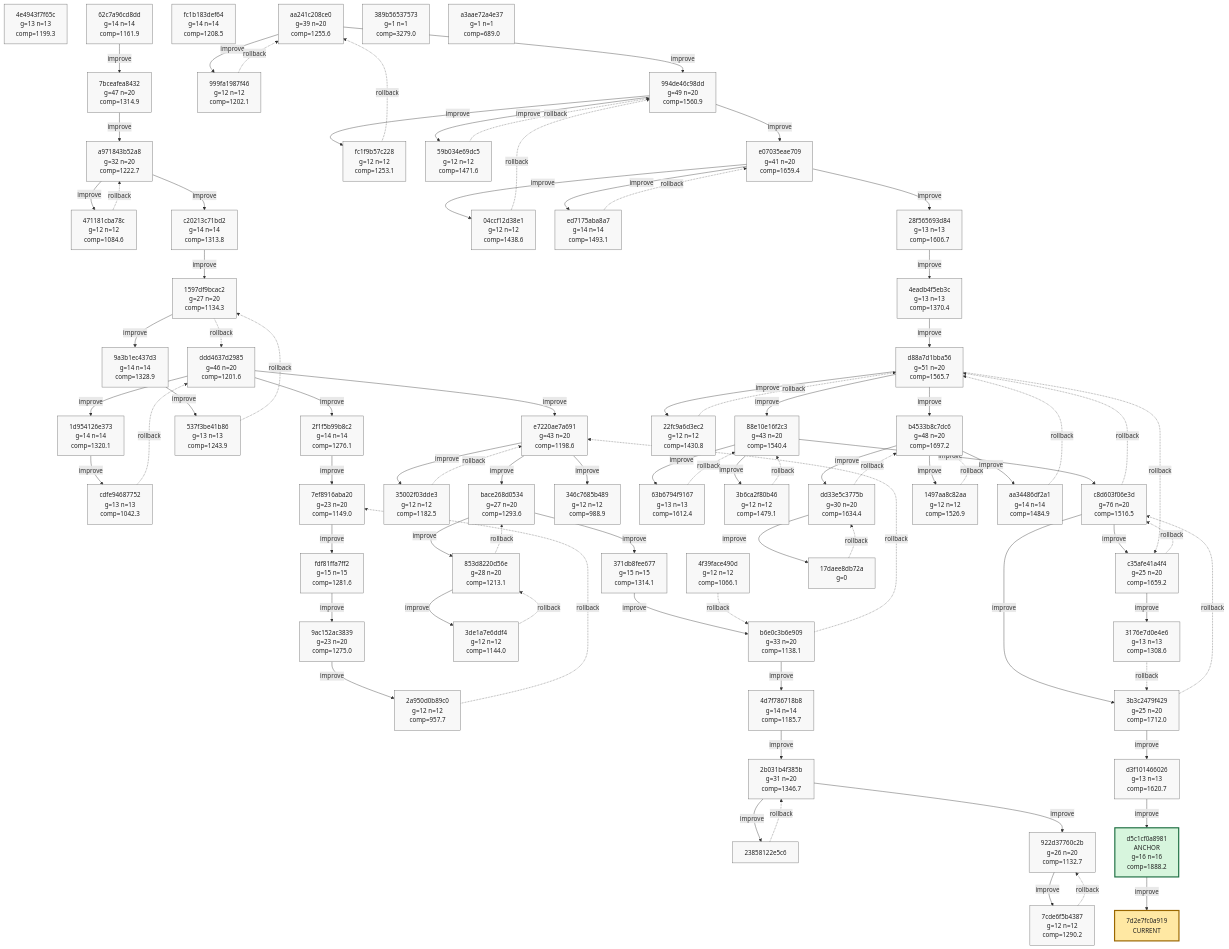
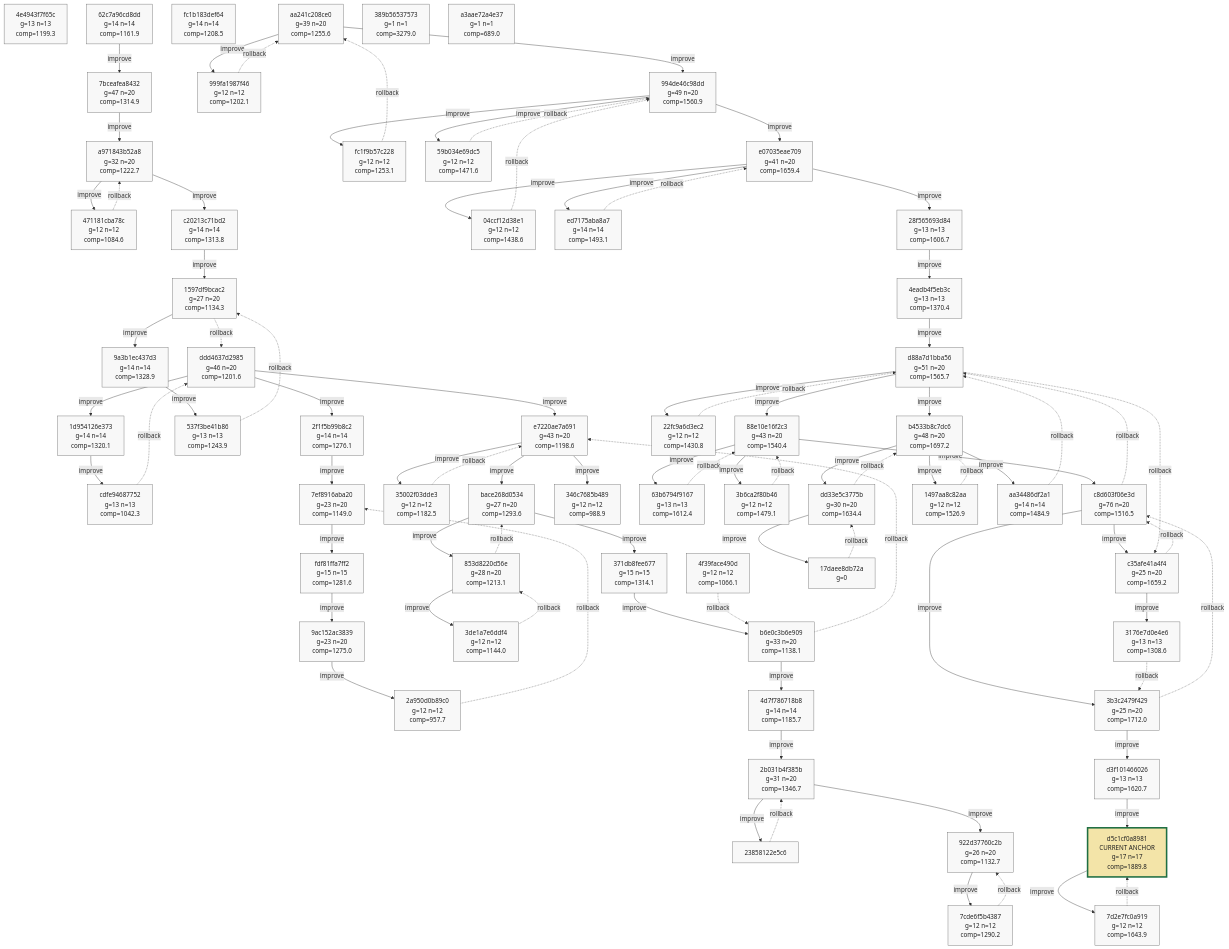
Before and after one commit to azumag/soviet_now: the ninth of 9 diagrams in phyrogenetic-tree.md, drawn with Mermaid. The commit also changed other lines of this file and 2 other files, not shown here.

````diff
--- a/phyrogenetic-tree.md
+++ b/phyrogenetic-tree.md
@@ -2301,10 +2302,10 @@
     h_aa34486df2a1["aa34486df2a1<br/>g=14 n=14<br/>comp=1484.9"]
     h_3176e7d0e4e6["3176e7d0e4e6<br/>g=13 n=13<br/>comp=1308.6"]
     h_d3f101466026["d3f101466026<br/>g=13 n=13<br/>comp=1620.7"]
-    h_d5c1cf0a8981["d5c1cf0a8981<br/>ANCHOR<br/>g=16 n=16<br/>comp=1888.2"]
+    h_d5c1cf0a8981["d5c1cf0a8981<br/>CURRENT ANCHOR<br/>g=17 n=17<br/>comp=1889.8"]
+    h_7d2e7fc0a919["7d2e7fc0a919<br/>g=12 n=12<br/>comp=1643.9"]
     h_389b56537573["389b56537573<br/>g=1 n=1<br/>comp=3279.0"]
     h_a3aae72a4e37["a3aae72a4e37<br/>g=1 n=1<br/>comp=689.0"]
-    h_7d2e7fc0a919["7d2e7fc0a919<br/>CURRENT"]
 
     h_ddd4637d2985 -->|improve| h_1d954126e373
     h_1d954126e373 -->|improve| h_cdfe94687752
@@ -2388,6 +2389,7 @@
     h_3b3c2479f429 -->|improve| h_d3f101466026
     h_d3f101466026 -->|improve| h_d5c1cf0a8981
     h_d5c1cf0a8981 -->|improve| h_7d2e7fc0a919
+    h_7d2e7fc0a919 -. rollback .-> h_d5c1cf0a8981
 
     classDef plain fill:#f8f8f8,stroke:#666,stroke-width:1px,color:#222;
     classDef current fill:#ffe8a3,stroke:#9a6700,stroke-width:3px,color:#222;
@@ -2451,8 +2453,8 @@
     class h_aa34486df2a1 plain;
     class h_3176e7d0e4e6 plain;
     class h_d3f101466026 plain;
-    class h_d5c1cf0a8981 anchor;
+    class h_d5c1cf0a8981 current_anchor;
+    class h_7d2e7fc0a919 plain;
     class h_389b56537573 plain;
     class h_a3aae72a4e37 plain;
-    class h_7d2e7fc0a919 current;
 ```
````
